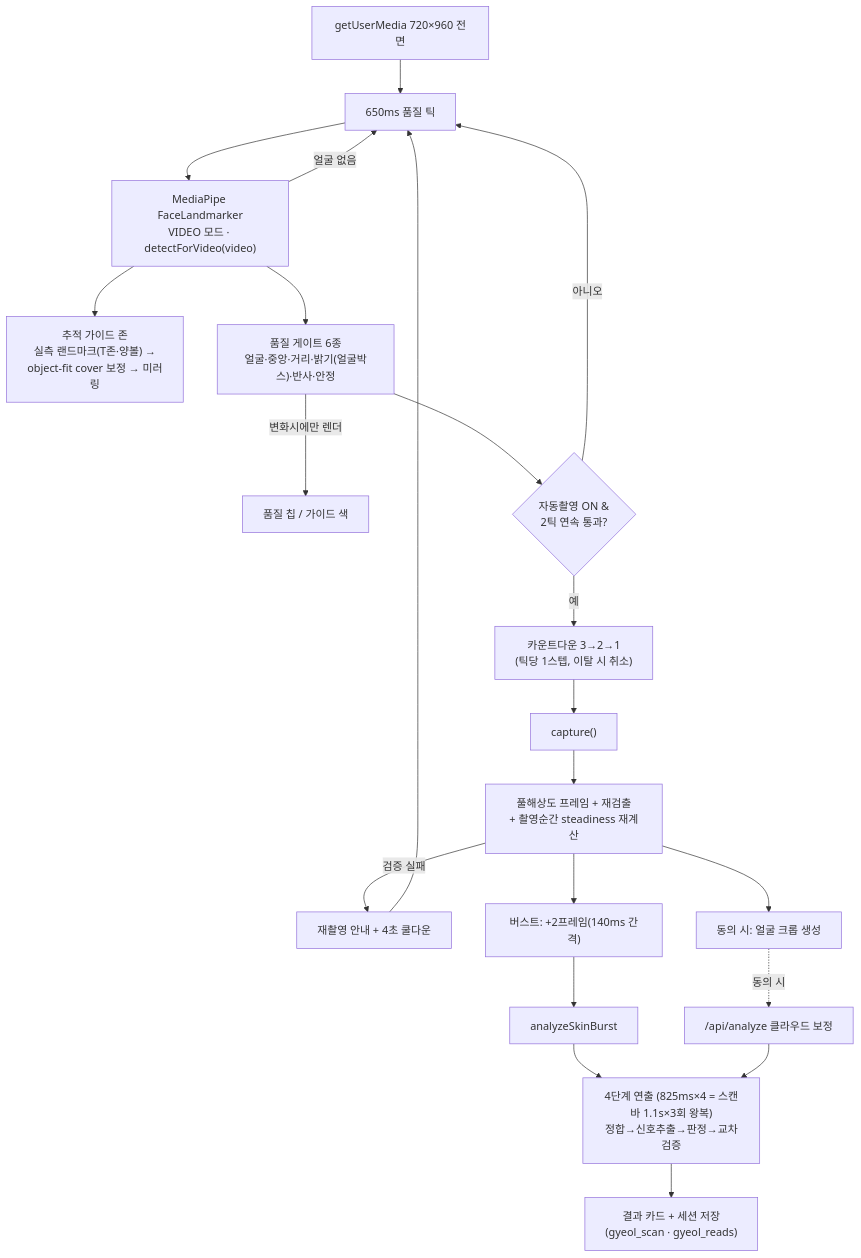
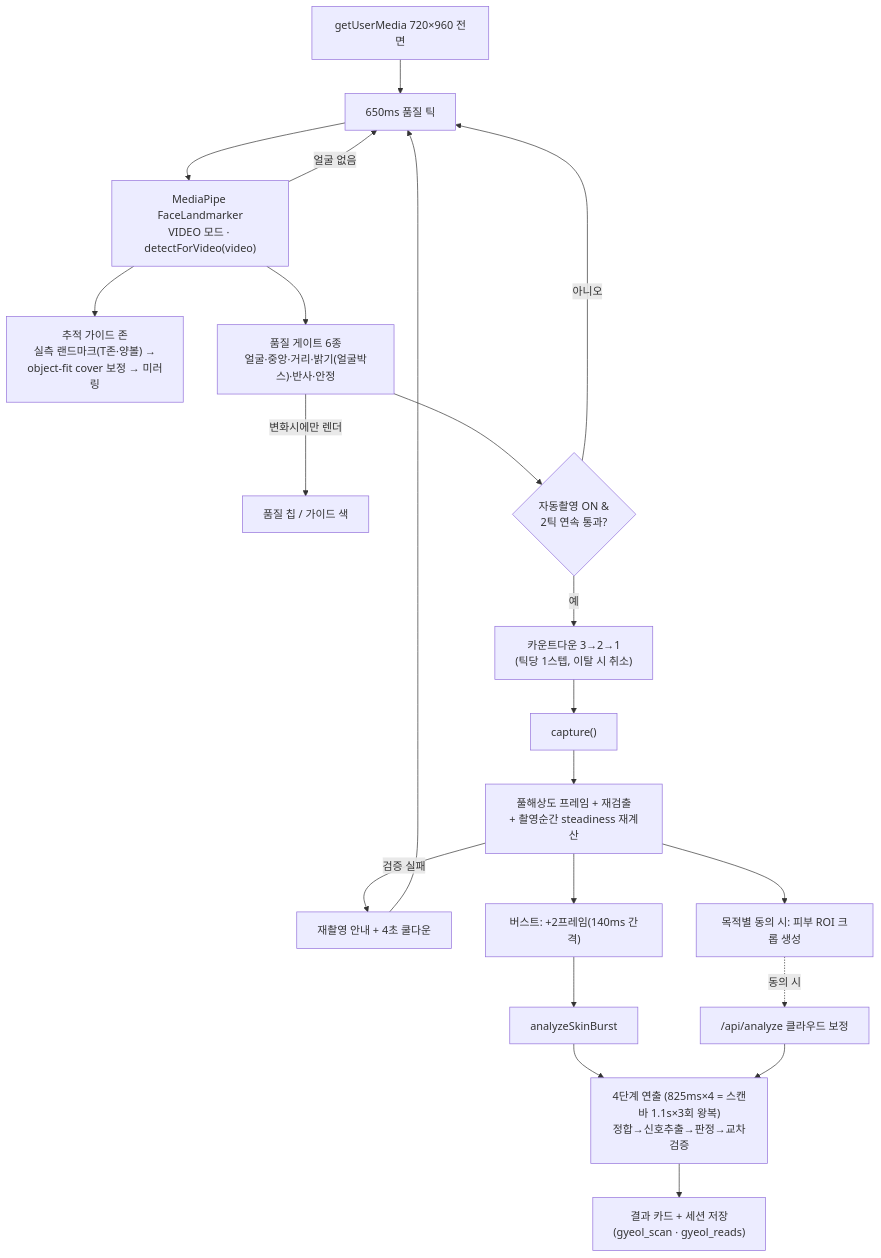
The second of 5 diagrams in docs/architecture.md (seonkistall/aru), drawn with Mermaid before and after one commit. The commit also changed other lines of this file and 8 other files, not shown here.

````diff
--- a/docs/architecture.md
+++ b/docs/architecture.md
@@ -51,21 +55,21 @@
 ```mermaid
 flowchart TD
     A["getUserMedia 720×960 전면"] --> B["650ms 품질 틱"]
     B --> C["MediaPipe FaceLandmarker<br/>VIDEO 모드 · detectForVideo(video)"]
     C -->|얼굴 없음| B
     C --> D["추적 가이드 존<br/>실측 랜드마크(T존·양볼) →<br/>object-fit cover 보정 → 미러링"]
     C --> E["품질 게이트 6종<br/>얼굴·중앙·거리·밝기(얼굴박스)·반사·안정"]
     E -->|변화시에만 렌더| F[품질 칩 / 가이드 색]
     E --> G{"자동촬영 ON &<br/>2틱 연속 통과?"}
     G -->|아니오| B
     G -->|예| H["카운트다운 3→2→1<br/>(틱당 1스텝, 이탈 시 취소)"]
     H --> I["capture()"]
     I --> J["풀해상도 프레임 + 재검출<br/>+ 촬영순간 steadiness 재계산"]
     J -->|검증 실패| K["재촬영 안내 + 4초 쿨다운"] --> B
-    J --> L["동의 시: 얼굴 크롭 생성"]
+    J --> L["목적별 동의 시: 피부 ROI 크롭 생성"]
     J --> M["버스트: +2프레임(140ms 간격)"]
     M --> N["analyzeSkinBurst"]
     N --> O["4단계 연출 (825ms×4 = 스캔바 1.1s×3회 왕복)<br/>정합→신호추출→판정→교차검증"]
     L -.동의 시.-> P["/api/analyze 클라우드 보정"] --> O
     O --> Q["결과 카드 + 세션 저장<br/>(gyeol_scan · gyeol_reads)"]
 ```
````
